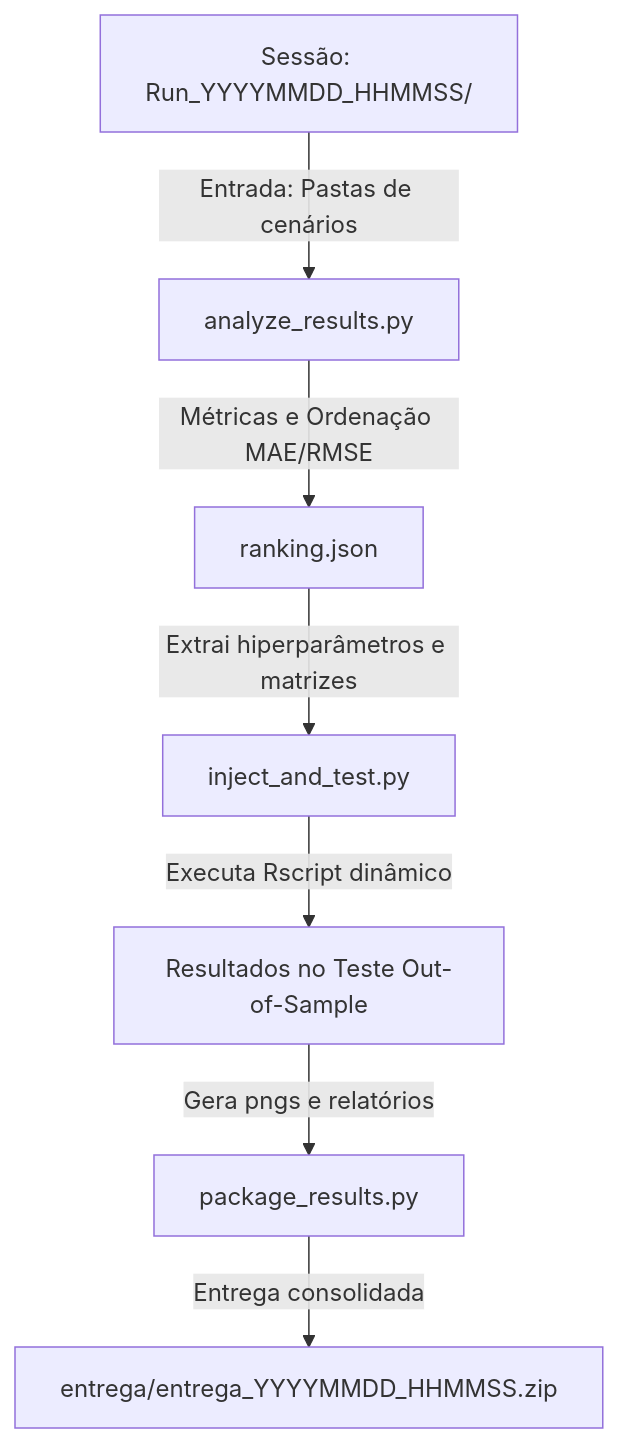
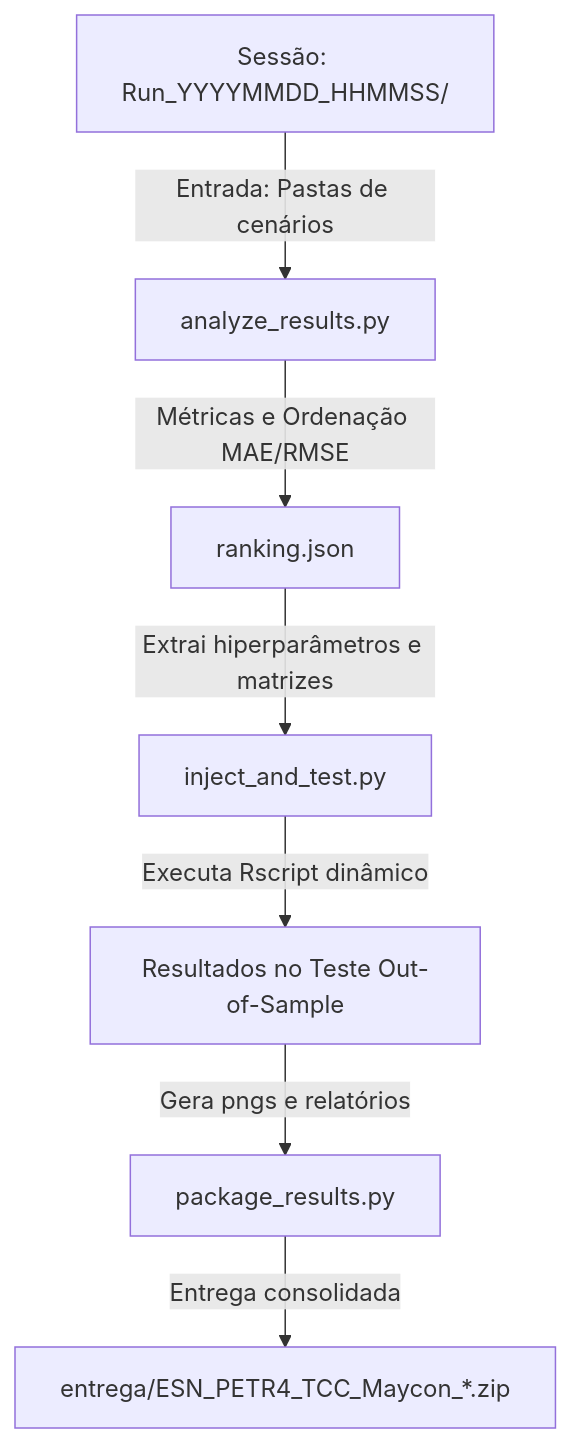
Before and after one commit to Maycon-bd/ESNAUTO: the diagram in docs/02_pipeline_pos_processamento.md, drawn with Mermaid. The commit also changed other lines of this file and 15 other files, not shown here.

````diff
--- a/docs/02_pipeline_pos_processamento.md
+++ b/docs/02_pipeline_pos_processamento.md
@@ -25,9 +25,9 @@
 ```mermaid
 graph TD
     A[Sessão: Run_YYYYMMDD_HHMMSS/] -->|Entrada: Pastas de cenários| B[analyze_results.py]
     B -->|Métricas e Ordenação MAE/RMSE| C[ranking.json]
     C -->|Extrai hiperparâmetros e matrizes| D[inject_and_test.py]
     D -->|Executa Rscript dinâmico| E[Resultados no Teste Out-of-Sample]
     E -->|Gera pngs e relatórios| F[package_results.py]
-    F -->|Entrega consolidada| G[entrega/entrega_YYYYMMDD_HHMMSS.zip]
+    F -->|Entrega consolidada| G[entrega/ESN_PETR4_TCC_Maycon_*.zip]
 ```
````
